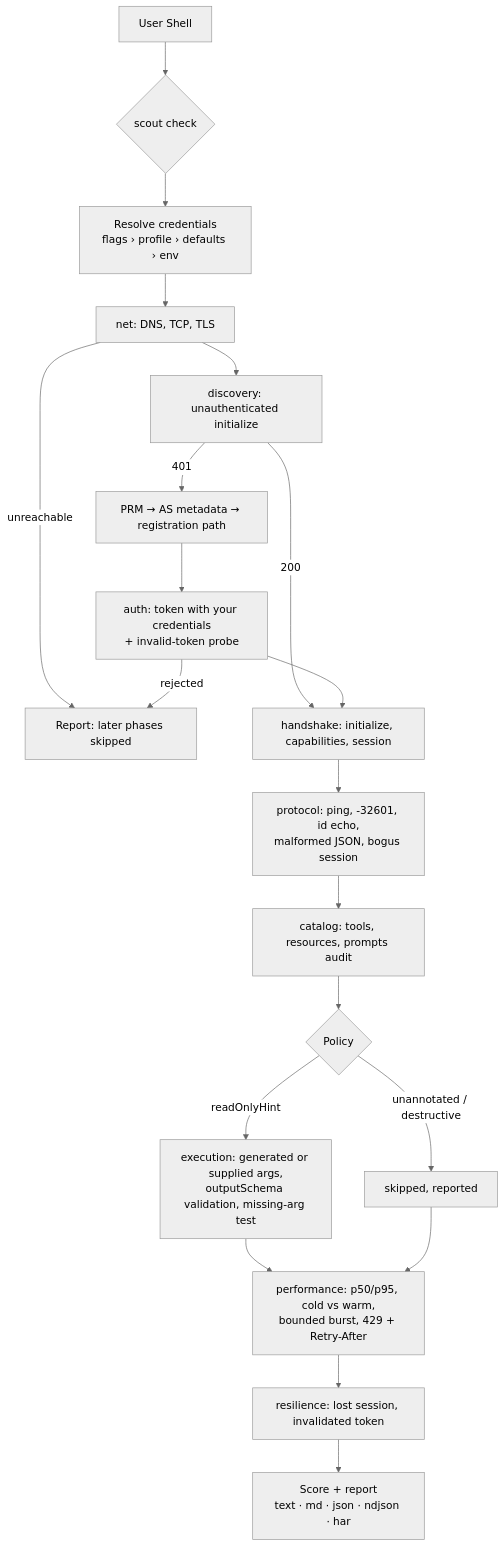
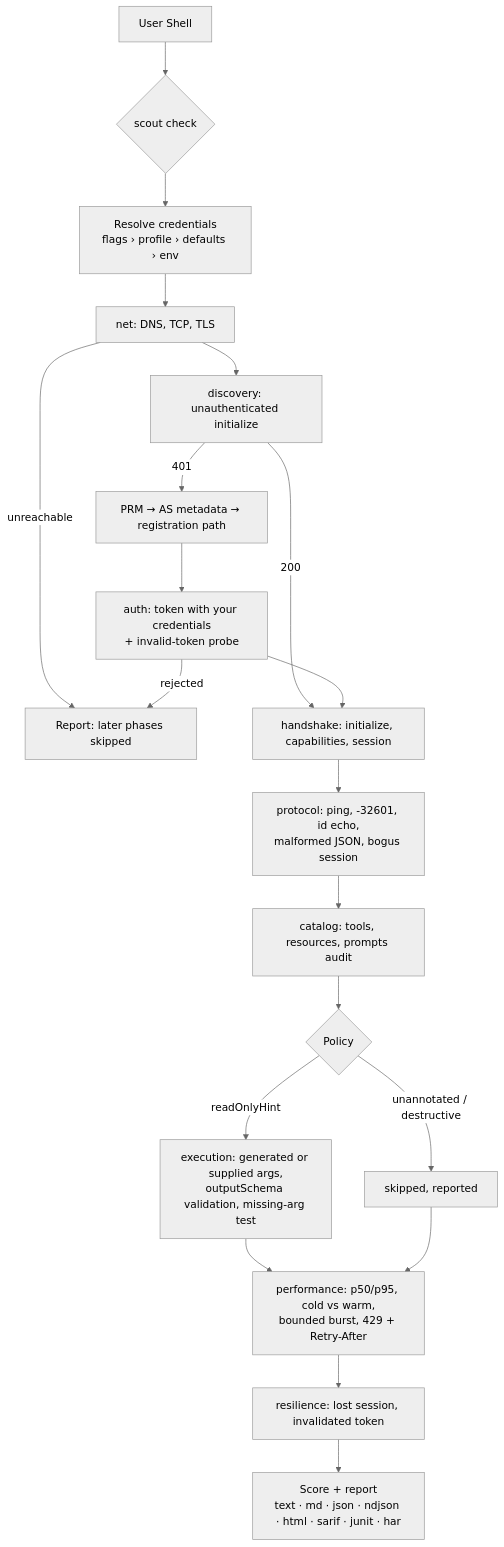
The diagram in README.md (sebastienrousseau/scout), drawn with Mermaid (neutral theme) before and after one commit. The commit also changed other lines of this file and 11 other files, not shown here.

First line of the commit message:
feat(report): SARIF and JUnit output

````diff
--- a/README.md
+++ b/README.md
@@ -287,22 +287,22 @@
 ```mermaid
 graph TD
     A[User Shell] --> B{scout check}
     B --> C[Resolve credentials<br/>flags › profile › defaults › env]
     C --> D[net: DNS, TCP, TLS]
     D -- unreachable --> Z[Report: later phases skipped]
     D --> E[discovery: unauthenticated initialize]
     E -- 200 --> H
     E -- 401 --> F[PRM → AS metadata → registration path]
     F --> G[auth: token with your credentials<br/>+ invalid-token probe]
     G -- rejected --> Z
     G --> H[handshake: initialize, capabilities, session]
     H --> I[protocol: ping, -32601, id echo,<br/>malformed JSON, bogus session]
     I --> J[catalog: tools, resources, prompts audit]
     J --> K{Policy}
     K -- readOnlyHint --> L[execution: generated or supplied args,<br/>outputSchema validation, missing-arg test]
     K -- unannotated / destructive --> M[skipped, reported]
     L --> N[performance: p50/p95, cold vs warm,<br/>bounded burst, 429 + Retry-After]
     N --> O[resilience: lost session, invalidated token]
-    O --> P[Score + report<br/>text · md · json · ndjson · har]
+    O --> P[Score + report<br/>text · md · json · ndjson · html · sarif · junit · har]
     M --> N
 ```
````
